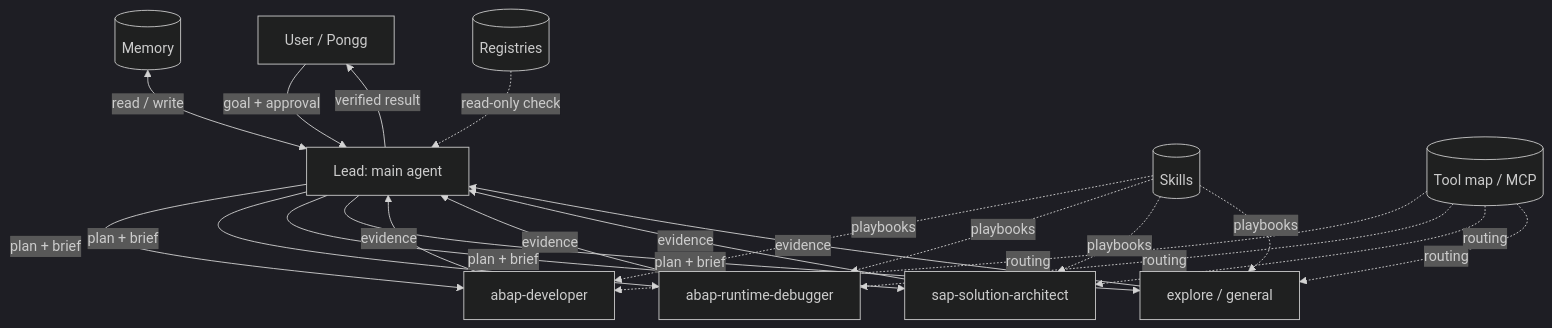
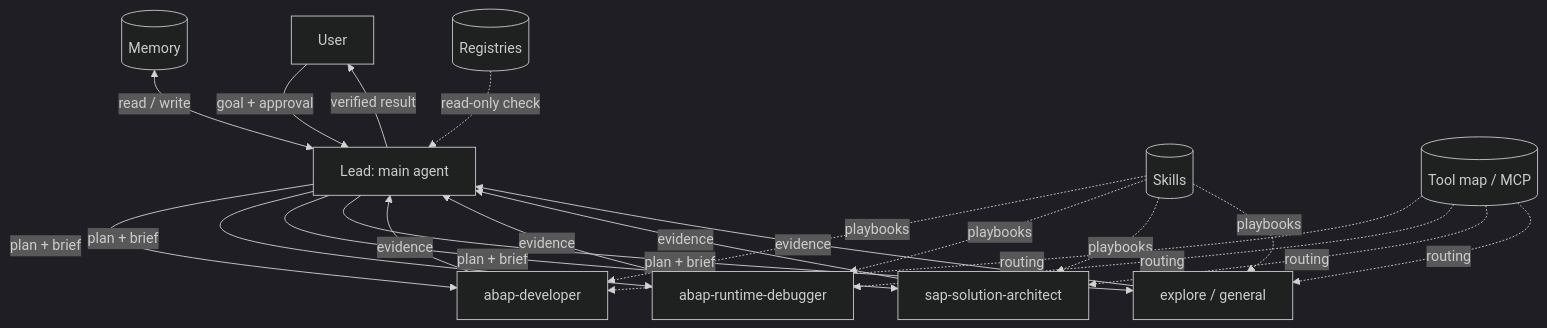
Before and after one commit to naruepan2/abap-ai-opencode-toolkit: the diagram in README.md, drawn with Mermaid (dark theme). The commit also changed other lines of this file and 4 other files, not shown here.

````diff
--- a/README.md
+++ b/README.md
@@ -84,35 +166,35 @@
 ```mermaid
 flowchart TD
-    U[User / Pongg]
+    U[User]
     L[Lead: main agent]
     A[abap-developer]
     D[abap-runtime-debugger]
     R[sap-solution-architect]
     E[explore / general]
     M[(Memory)]
     K[(Skills)]
     T[(Tool map / MCP)]
     G[(Registries)]
 
     U -->|goal + approval| L
     L -->|plan + brief| A
     L -->|plan + brief| D
     L -->|plan + brief| R
     L -->|plan + brief| E
     A -->|evidence| L
     D -->|evidence| L
     R -->|evidence| L
     E -->|evidence| L
     L -->|verified result| U
 
     M <-->|read / write| L
     G -.->|read-only check| L
     K -.->|playbooks| A
     K -.->|playbooks| D
     K -.->|playbooks| R
     K -.->|playbooks| E
     T -.->|routing| A
     T -.->|routing| D
     T -.->|routing| R
     T -.->|routing| E
 ```
````
